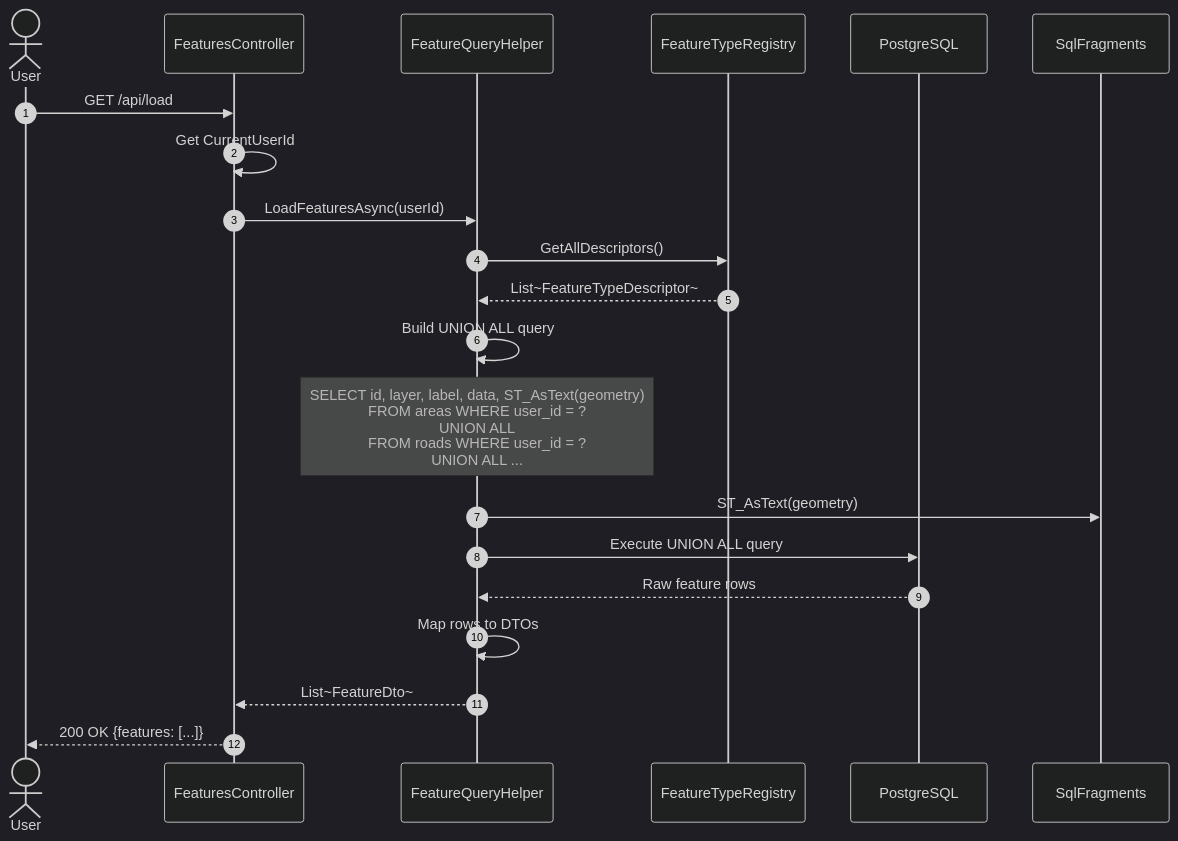
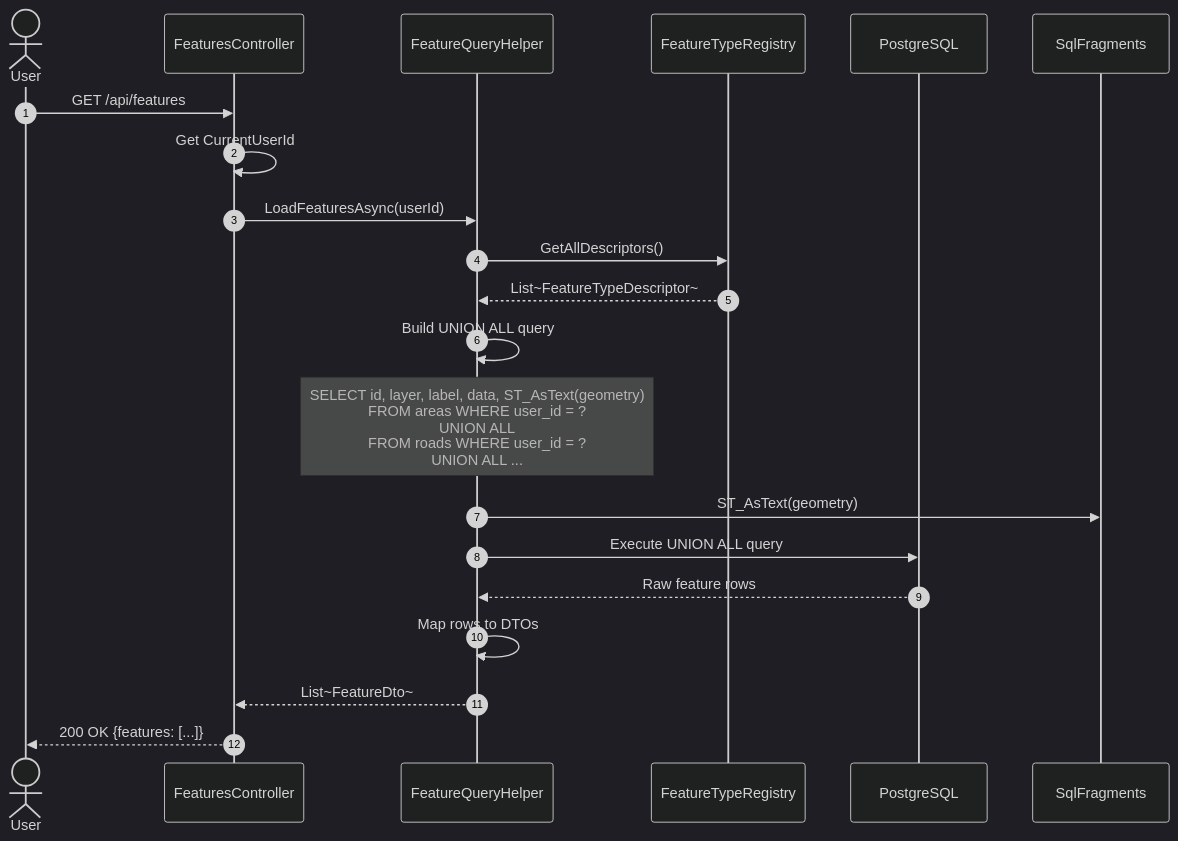
Before and after one commit to Zuhir-Benslama/NARS: the third of 5 diagrams in docs/uml/nars-sequence-diagram.md, drawn with Mermaid (dark theme). The commit also changed other lines of this file and 2 other files, not shown here.

Commit message:
docs(uml): fix stale feature routes in sequence diagrams
Replace /api/save, /api/load, /api/update/{id}, /api/delete/{id} with the
real FeaturesController routes (/api/features, /api/features/{id}) in
nars-sequence-diagram.md and nars-vite-sequence-diagram.md. All /api/*
references in docs/uml/ now match the API; all diagrams render with zero
mermaid syntax errors. Records round 7.1 in nars-infra/TODO.md.

````diff
--- a/docs/uml/nars-sequence-diagram.md
+++ b/docs/uml/nars-sequence-diagram.md
@@ -83,30 +83,30 @@
 ```mermaid
 sequenceDiagram
     autonumber
     actor User
     participant FeaturesController
     participant FeatureQueryHelper
     participant FeatureTypeRegistry
     participant PostgreSQL
     participant SqlFragments
 
-    User->>FeaturesController: GET /api/load
+    User->>FeaturesController: GET /api/features
     FeaturesController->>FeaturesController: Get CurrentUserId
 
     FeaturesController->>FeatureQueryHelper: LoadFeaturesAsync(userId)
 
     FeatureQueryHelper->>FeatureTypeRegistry: GetAllDescriptors()
     FeatureTypeRegistry-->>FeatureQueryHelper: List~FeatureTypeDescriptor~
 
     FeatureQueryHelper->>FeatureQueryHelper: Build UNION ALL query
     Note over FeatureQueryHelper: SELECT id, layer, label, data, ST_AsText(geometry)<br/>FROM areas WHERE user_id = ?<br/>UNION ALL<br/>FROM roads WHERE user_id = ?<br/>UNION ALL ...
 
     FeatureQueryHelper->>SqlFragments: ST_AsText(geometry)
     FeatureQueryHelper->>PostgreSQL: Execute UNION ALL query
     PostgreSQL-->>FeatureQueryHelper: Raw feature rows
 
     FeatureQueryHelper->>FeatureQueryHelper: Map rows to DTOs
     FeatureQueryHelper-->>FeaturesController: List~FeatureDto~
 
     FeaturesController-->>User: 200 OK {features: [...]}
 ```
````
